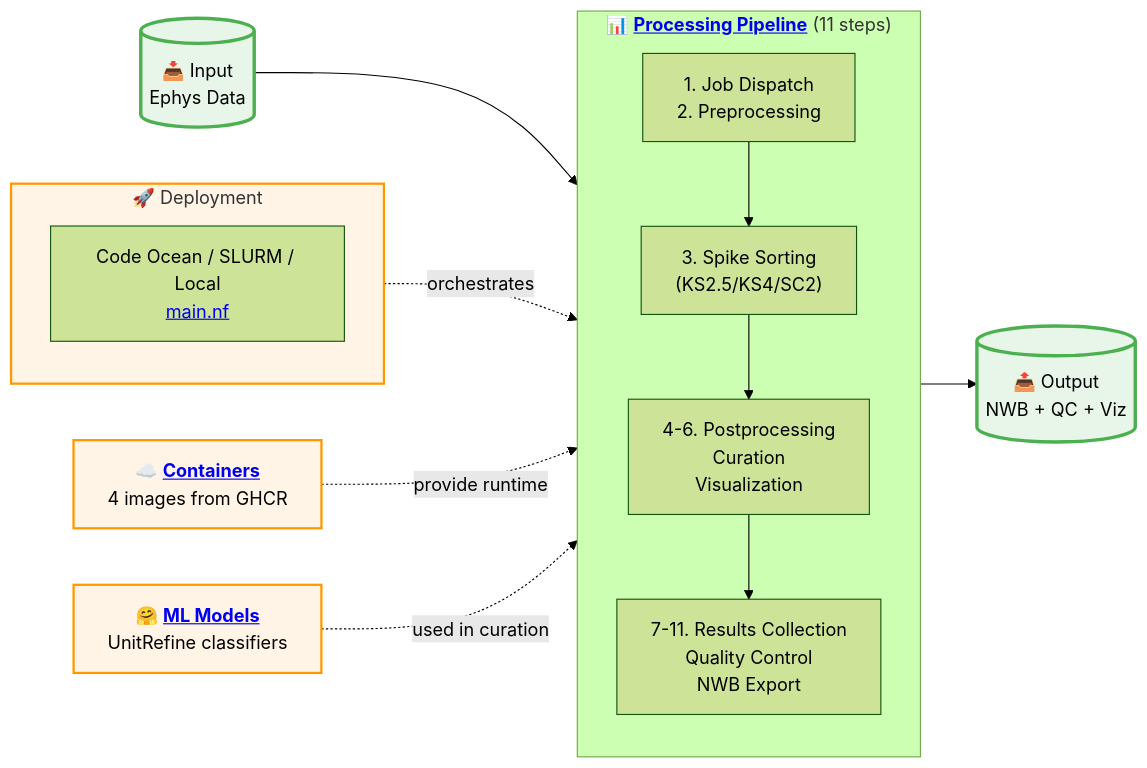
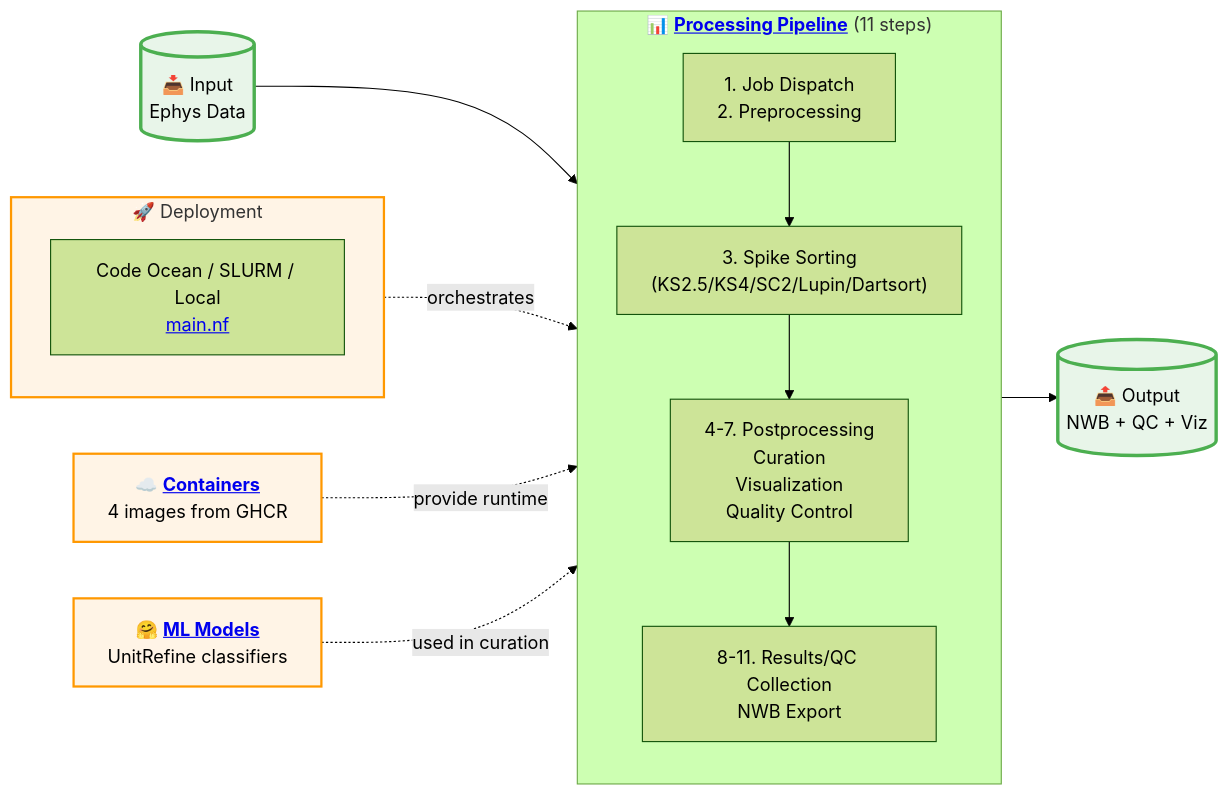
The diagram in README.md (AllenNeuralDynamics/aind-ephys-pipeline), drawn with Mermaid (forest theme) before and after one commit. The commit also changed other lines of this file and 29 other files, not shown here.

````diff
--- a/README.md
+++ b/README.md
@@ -18,41 +17,41 @@
 ```mermaid
 flowchart LR
     %% Input/Output
     input[("📥 Input<br/>Ephys Data")]
     output[("📤 Output<br/>NWB + QC + Viz")]
 
     %% Deployment
     subgraph deploy["🚀 Deployment"]
         direction TB
         co["Code Ocean / SLURM / Local<br/><a href='pipeline/main.nf'>main.nf</a>"]
     end
 
     %% Infrastructure (link to detailed docs)
     containers["☁️ <b><a href='https://aind-ephys-pipeline.readthedocs.io/en/latest/architecture.html#infrastructure-components'>Containers</a></b><br/>4 images from GHCR"]
     models["🤗 <b><a href='https://aind-ephys-pipeline.readthedocs.io/en/latest/architecture.html#infrastructure-components'>ML Models</a></b><br/>UnitRefine classifiers"]
 
     %% Pipeline (simplified)
     subgraph pipeline["📊 <b><a href='https://aind-ephys-pipeline.readthedocs.io/en/latest/architecture.html'>Processing Pipeline</a></b> (11 steps)"]
         direction TB
         prep["1. Job Dispatch<br/>2. Preprocessing"]
-        sort["3. Spike Sorting<br/>(KS2.5/KS4/SC2)"]
-        post["4-6. Postprocessing<br/>Curation<br/>Visualization"]
-        final["7-11. Results Collection<br/>Quality Control<br/>NWB Export"]
+        sort["3. Spike Sorting<br/>(KS2.5/KS4/SC2/Lupin/Dartsort)"]
+        post["4-7. Postprocessing<br/>Curation<br/>Visualization<br/>Quality Control"]
+        final["8-11. Results/QC Collection<br/>NWB Export"]
 
         prep --> sort --> post --> final
     end
 
     %% Connections
     input --> pipeline
     deploy -.->|"orchestrates"| pipeline
     containers -.->|"provide runtime"| pipeline
     models -.->|"used in curation"| pipeline
     pipeline --> output
 
     %% Styling
     classDef infra fill:#fff4e6,stroke:#ff9800,stroke-width:2px
     classDef data fill:#e8f5e9,stroke:#4caf50,stroke-width:3px
 
     class containers,models,deploy infra
     class input,output data
 ```
````
